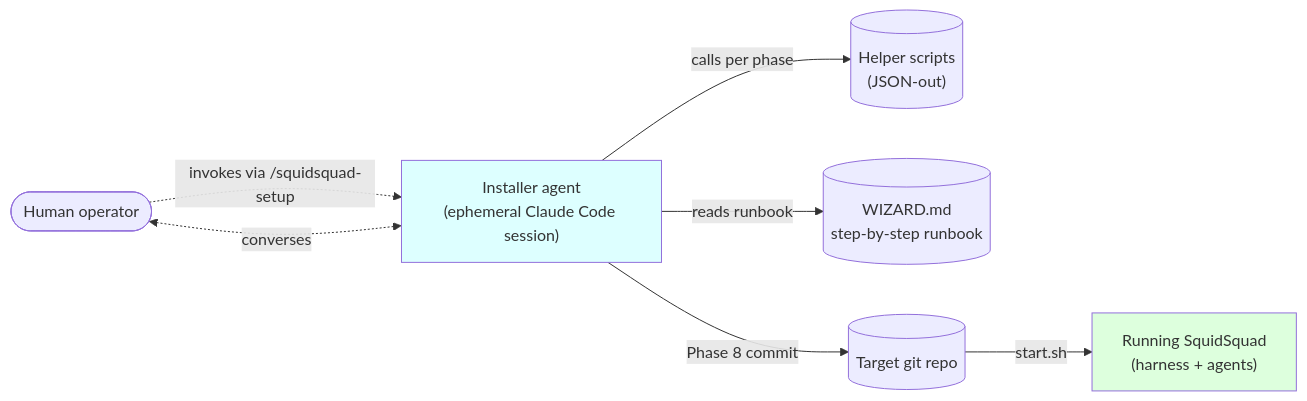
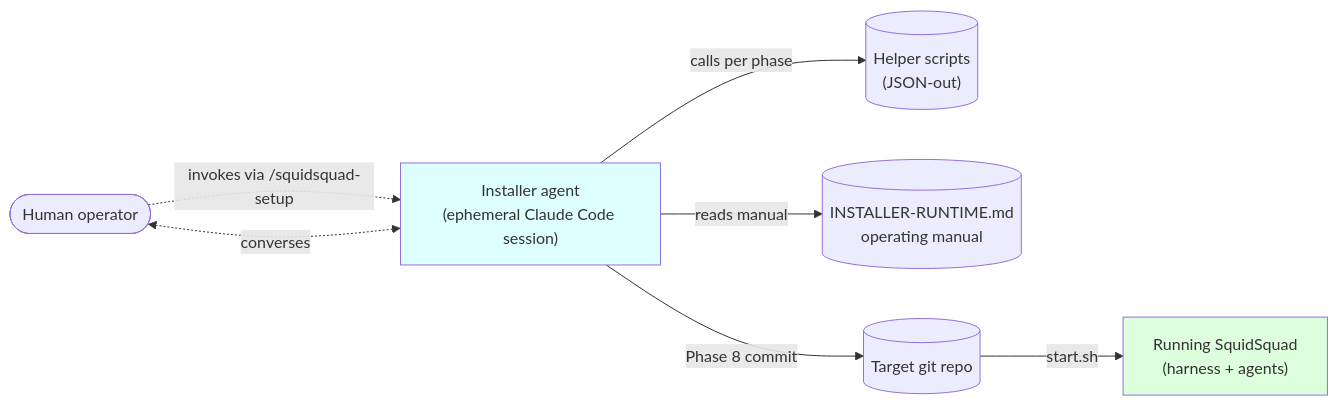
One commit to WallyDoodlez/SquidSquad changed the first of 3 diagrams in docs/INSTALLER-ARCH.md. Above: the diagram before and after it, drawn with Mermaid. The commit also changed other lines of this file and 8 other files, not shown here.

First line of the commit message:
#13336: retire WIZARD.md — INSTALLER-RUNTIME.md is the installer's operating manual

````diff
--- a/docs/INSTALLER-ARCH.md
+++ b/docs/INSTALLER-ARCH.md
@@ -52,19 +52,19 @@
 ```mermaid
 flowchart LR
     User(["Human operator"])
     Installer["Installer agent<br/>(ephemeral Claude Code session)"]
     Helpers[("Helper scripts<br/>(JSON-out)")]
-    Runbook[("WIZARD.md<br/>step-by-step runbook")]
+    Runbook[("INSTALLER-RUNTIME.md<br/>operating manual")]
     Repo[("Target git repo")]
     Squad["Running SquidSquad<br/>(harness + agents)"]
 
     User -.->|"invokes via /squidsquad-setup"| Installer
-    Installer -->|"reads runbook"| Runbook
+    Installer -->|"reads manual"| Runbook
     Installer -->|"calls per phase"| Helpers
     Installer <-.->|"converses"| User
     Installer -->|"Phase 8 commit"| Repo
     Repo -->|"start.sh"| Squad
 
     style Installer fill:#dff
     style Squad fill:#dfd
 ```
````
